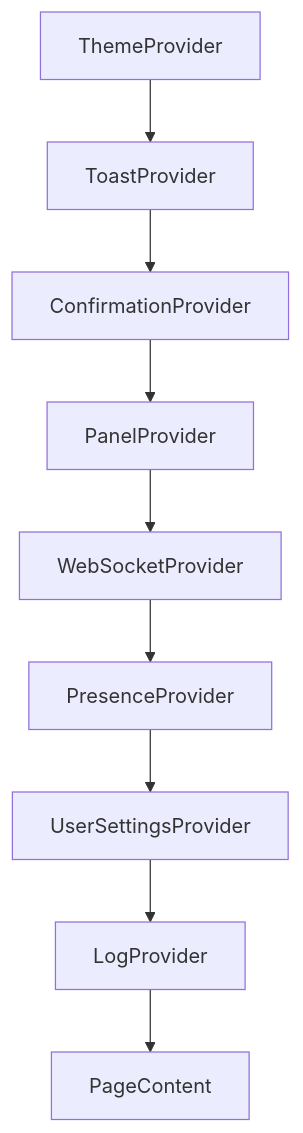
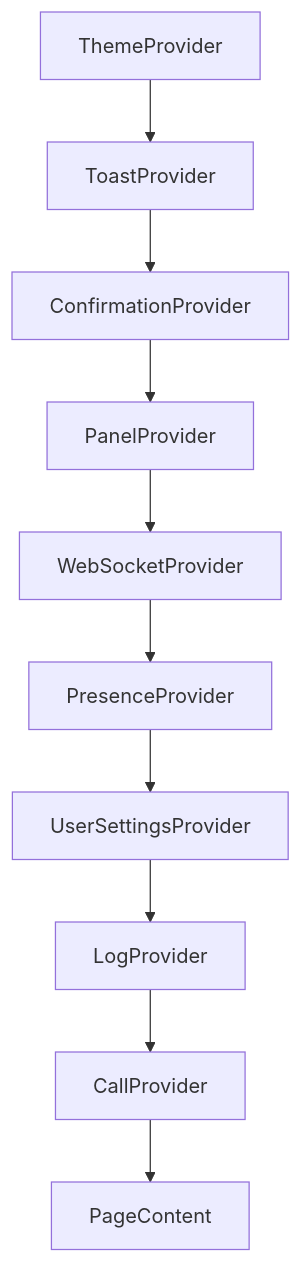
One commit to neofuture/chatr changed the first of 2 diagrams in Documentation/Frontend/Contexts/index.md. Above: the diagram before and after it, drawn with Mermaid. The commit also changed other lines of this file and 75 other files, not shown here.

````diff
--- a/Documentation/Frontend/Contexts/index.md
+++ b/Documentation/Frontend/Contexts/index.md
@@ -5,11 +5,12 @@
 ```mermaid
 graph TD
     ThemeProvider --> ToastProvider
     ToastProvider --> ConfirmationProvider
     ConfirmationProvider --> PanelProvider
     PanelProvider --> WebSocketProvider
     WebSocketProvider --> PresenceProvider
     PresenceProvider --> UserSettingsProvider
     UserSettingsProvider --> LogProvider
-    LogProvider --> PageContent
+    LogProvider --> CallProvider
+    CallProvider --> PageContent
 ```
````
